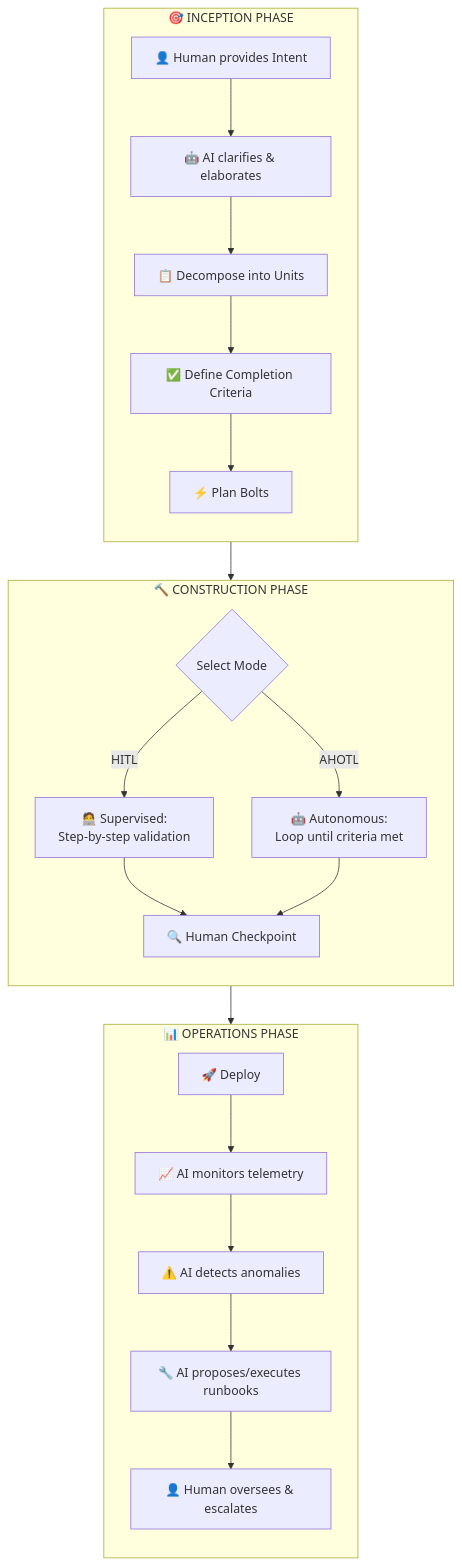
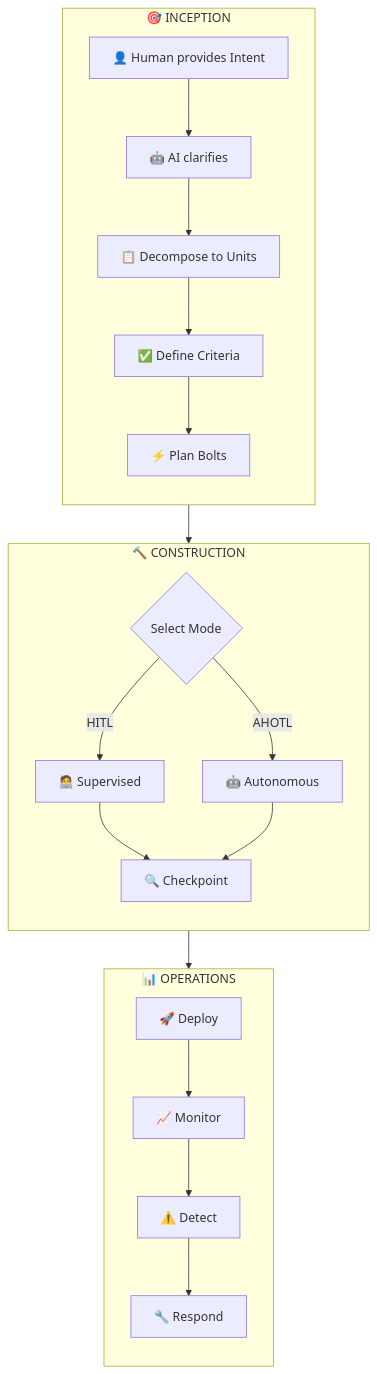
One commit to TheBushidoCollective/han changed diagram 11 of 13 in website/content/papers/ai-dlc-2026.md. Above: the diagram before and after it, drawn with Mermaid. The commit also changed other lines of this file, not shown here.

First line of the commit message:
fix(website): narrow wide Mermaid diagrams in AI-DLC paper

````diff
--- a/website/content/papers/ai-dlc-2026.md
+++ b/website/content/papers/ai-dlc-2026.md
@@ -693,37 +687,37 @@
 ```mermaid
 flowchart TB
-    subgraph Inception["🎯 INCEPTION PHASE"]
+    subgraph Inception["🎯 INCEPTION"]
         direction TB
         I1["👤 Human provides Intent"]
-        I2["🤖 AI clarifies & elaborates"]
-        I3["📋 Decompose into Units"]
-        I4["✅ Define Completion Criteria"]
+        I2["🤖 AI clarifies"]
+        I3["📋 Decompose to Units"]
+        I4["✅ Define Criteria"]
         I5["⚡ Plan Bolts"]
         I1 --> I2 --> I3 --> I4 --> I5
     end
 
-    subgraph Construction["🔨 CONSTRUCTION PHASE"]
+    Inception --> Construction
+
+    subgraph Construction["🔨 CONSTRUCTION"]
         direction TB
         C1{"Select Mode"}
-        C2["🧑‍💻 Supervised:<br/>Step-by-step validation"]
-        C3["🤖 Autonomous:<br/>Loop until criteria met"]
-        C4["🔍 Human Checkpoint"]
+        C2["🧑‍💻 Supervised"]
+        C3["🤖 Autonomous"]
+        C4["🔍 Checkpoint"]
         C1 -->|"HITL"| C2
         C1 -->|"AHOTL"| C3
         C2 --> C4
         C3 --> C4
     end
 
-    subgraph Operations["📊 OPERATIONS PHASE"]
+    Construction --> Operations
+
+    subgraph Operations["📊 OPERATIONS"]
         direction TB
         O1["🚀 Deploy"]
-        O2["📈 AI monitors telemetry"]
-        O3["⚠️ AI detects anomalies"]
-        O4["🔧 AI proposes/executes runbooks"]
-        O5["👤 Human oversees & escalates"]
+        O2["📈 Monitor"]
+        O3["⚠️ Detect"]
+        O4["🔧 Respond"]
         O1 --> O2 --> O3 --> O4
-        O4 --> O5
     end
-
-    Inception --> Construction --> Operations
 ```
````
